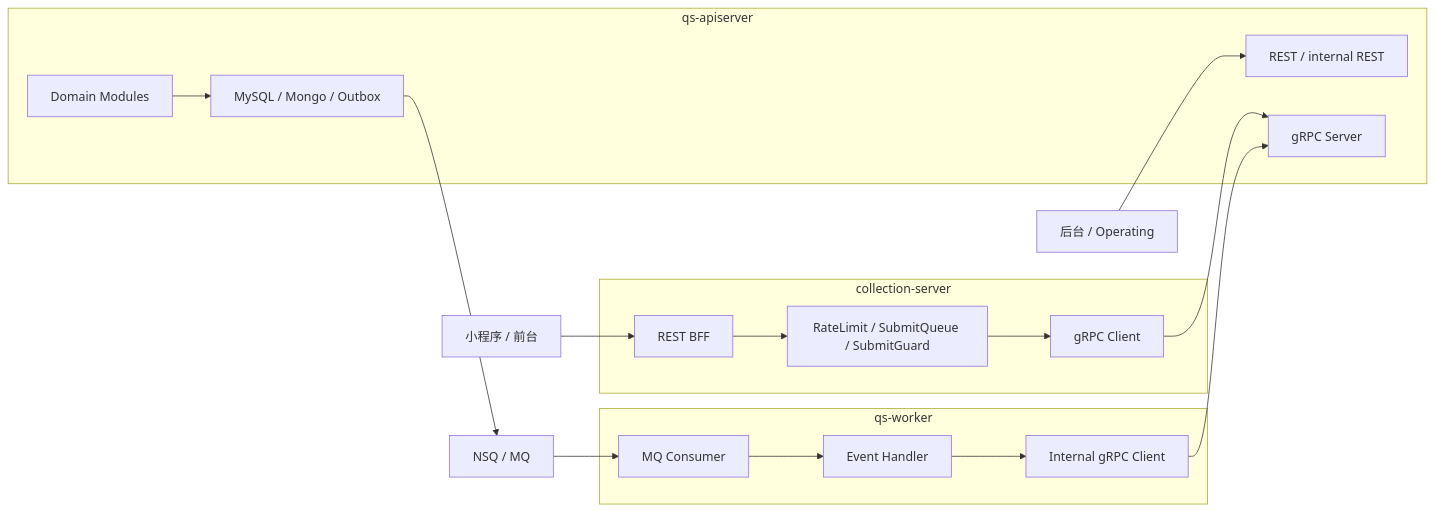
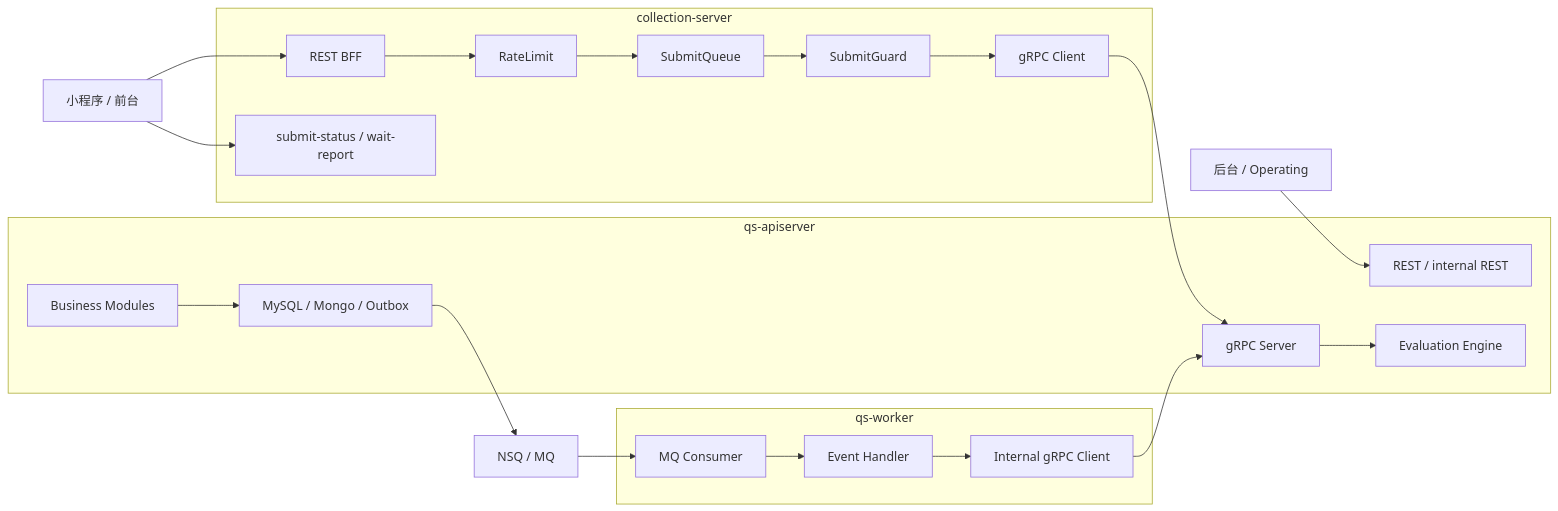
Before and after one commit to FangcunMount/qs-server: the third of 13 diagrams in docs/06-宣讲/10-架构图素材索引.md, drawn with Mermaid. The commit also changed other lines of this file and 25 other files, not shown here.

````diff
--- a/docs/06-宣讲/10-架构图素材索引.md
+++ b/docs/06-宣讲/10-架构图素材索引.md
@@ -172,30 +245,36 @@
 ```mermaid
 flowchart LR
     Client["小程序 / 前台"]
     Admin["后台 / Operating"]
     MQ["NSQ / MQ"]
 
     subgraph Collection["collection-server"]
         C1["REST BFF"]
-        C2["RateLimit / SubmitQueue / SubmitGuard"]
-        C3["gRPC Client"]
+        C2["RateLimit"]
+        C3["SubmitQueue"]
+        C4["SubmitGuard"]
+        C5["gRPC Client"]
+        C6["submit-status / wait-report"]
     end
 
     subgraph API["qs-apiserver"]
         A1["REST / internal REST"]
         A2["gRPC Server"]
-        A3["Domain Modules"]
-        A4["MySQL / Mongo / Outbox"]
+        A3["Business Modules"]
+        A4["Evaluation Engine"]
+        A5["MySQL / Mongo / Outbox"]
     end
 
     subgraph Worker["qs-worker"]
         W1["MQ Consumer"]
         W2["Event Handler"]
         W3["Internal gRPC Client"]
     end
 
-    Client --> C1 --> C2 --> C3 --> A2
+    Client --> C1 --> C2 --> C3 --> C4 --> C5 --> A2
+    Client --> C6
     Admin --> A1
-    A3 --> A4 --> MQ
+    A3 --> A5 --> MQ
     MQ --> W1 --> W2 --> W3 --> A2
+    A2 --> A4
 ```
````
